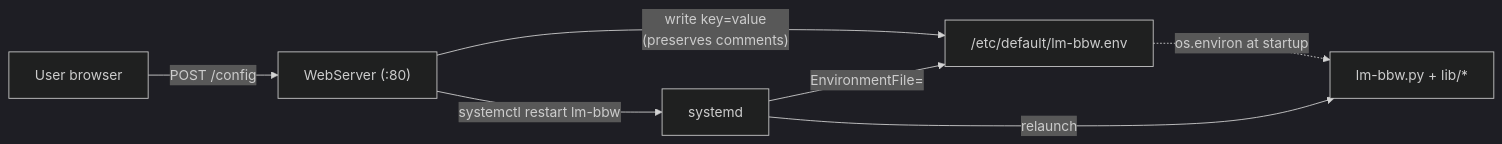
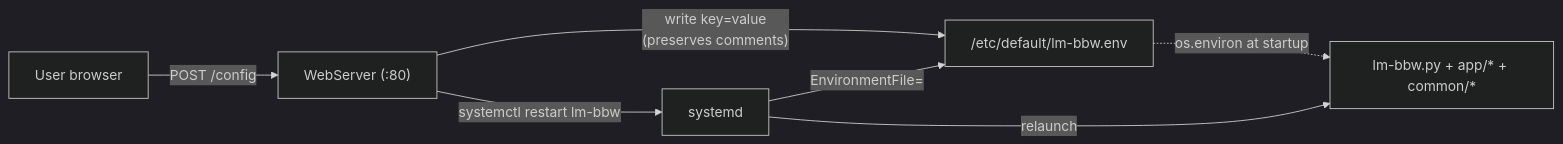
One commit to george-ags/coffee-by-weight changed the fourth of 4 diagrams in doc/lm-bbw/LM-BBW_Architecture.md. Above: the diagram before and after it, drawn with Mermaid (dark theme). The commit also changed other lines of this file and 2 other files, not shown here.

````diff
--- a/doc/lm-bbw/LM-BBW_Architecture.md
+++ b/doc/lm-bbw/LM-BBW_Architecture.md
@@ -140,9 +140,9 @@
 ```mermaid
 flowchart LR
     U["User browser"] -->|"POST /config"| W["WebServer (:80)"]
     W -->|"write key=value<br/>(preserves comments)"| ENV["/etc/default/lm-bbw.env"]
     W -->|"systemctl restart lm-bbw"| SYS["systemd"]
     SYS -->|"EnvironmentFile="| ENV
-    SYS -->|"relaunch"| APP["lm-bbw.py + lib/*"]
+    SYS -->|"relaunch"| APP["lm-bbw.py + app/* + common/*"]
     ENV -.->|"os.environ at startup"| APP
 ```
````
